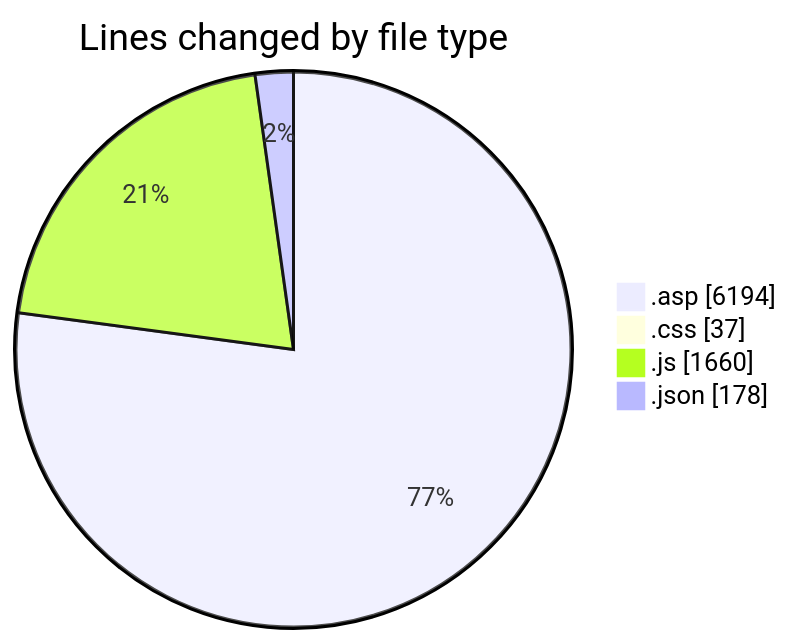
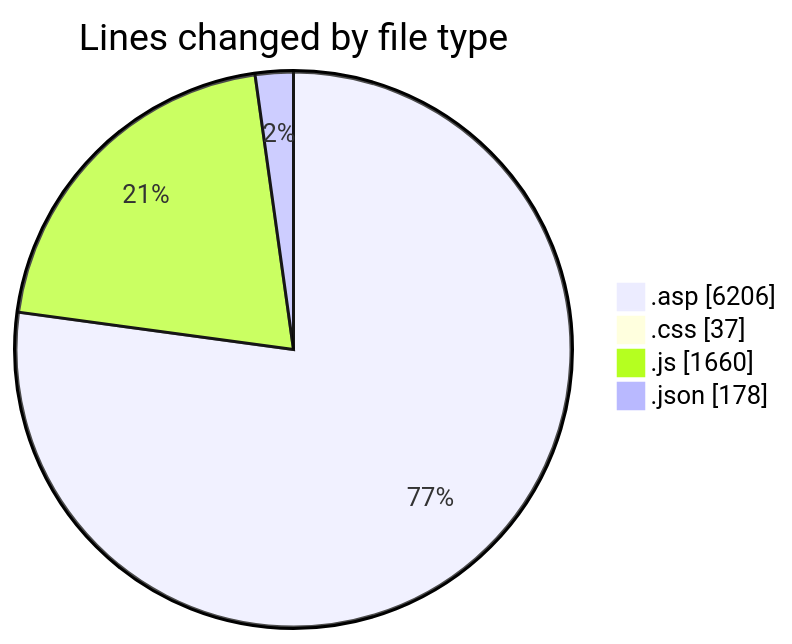
Before and after one commit to julien-gomy/code-tracking: the first of 2 diagrams in 2025-11-02/cdp_aleoudev_fr__workspace_/README.md, drawn with Mermaid. The commit also changed other lines of this file and 1 other file, not shown here.

````diff
--- a/2025-11-02/cdp_aleoudev_fr__workspace_/README.md
+++ b/2025-11-02/cdp_aleoudev_fr__workspace_/README.md
@@ -27,8 +27,8 @@
 ```mermaid
 pie showData
 title Lines changed by file type
-".asp" : 6194
+".asp" : 6206
 ".css" : 37
 ".js" : 1660
 ".json" : 178
 ```
````
